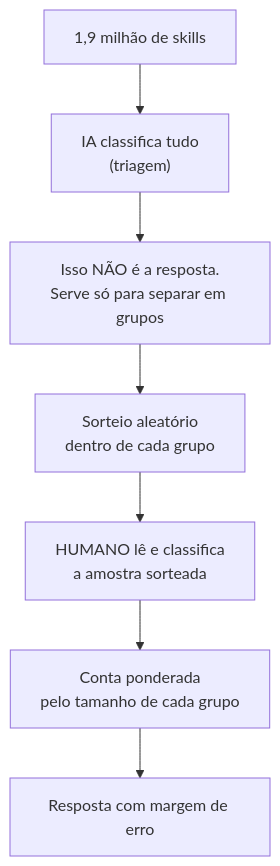
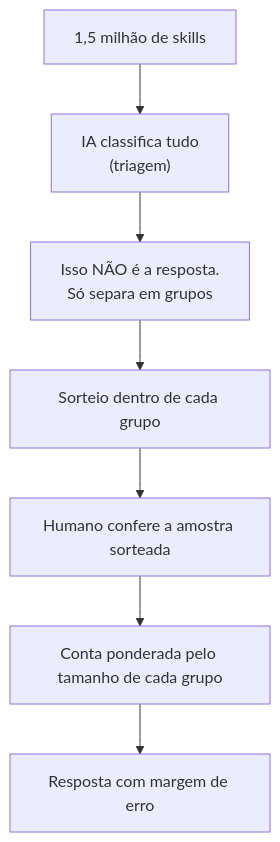
One commit to havillonf/security_skills_analysis changed the second of 3 diagrams in notes/Resumo do Trabalho.md. Above: the diagram before and after it, drawn with Mermaid. The commit also changed other lines of this file and 20 other files, not shown here.

````diff
--- a/notes/Resumo do Trabalho.md
+++ b/notes/Resumo do Trabalho.md
@@ -117,9 +121,9 @@
 ```mermaid
 graph TD
-    A["1,9 milhão de skills"] --> B["IA classifica tudo<br/>(triagem)"]
-    B --> C["Isso NÃO é a resposta.<br/>Serve só para separar em grupos"]
-    C --> D["Sorteio aleatório<br/>dentro de cada grupo"]
-    D --> E["HUMANO lê e classifica<br/>a amostra sorteada"]
-    E --> F["Conta ponderada<br/>pelo tamanho de cada grupo"]
+    A["1,5 milhão de skills"] --> B["IA classifica tudo<br/>(triagem)"]
+    B --> C["Isso NÃO é a resposta.<br/>Só separa em grupos"]
+    C --> D["Sorteio dentro de cada grupo"]
+    D --> E["Humano confere a amostra sorteada"]
+    E --> F["Conta ponderada pelo tamanho de cada grupo"]
     F --> G["Resposta com margem de erro"]
 ```
````
